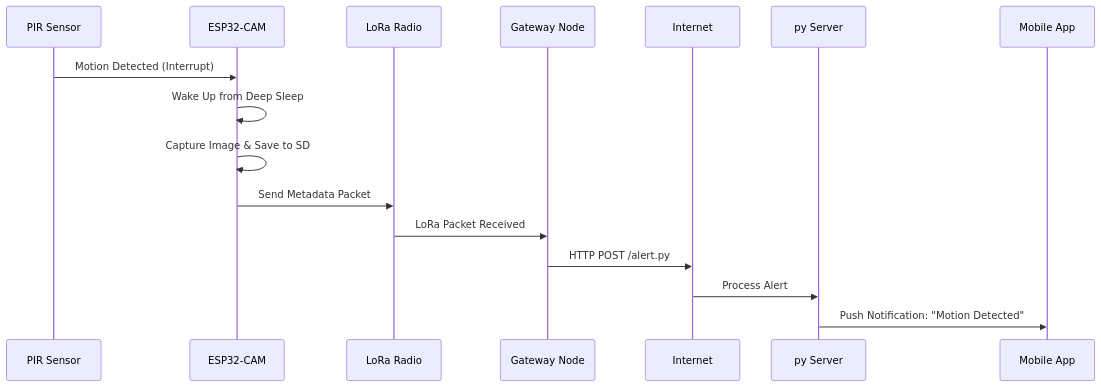
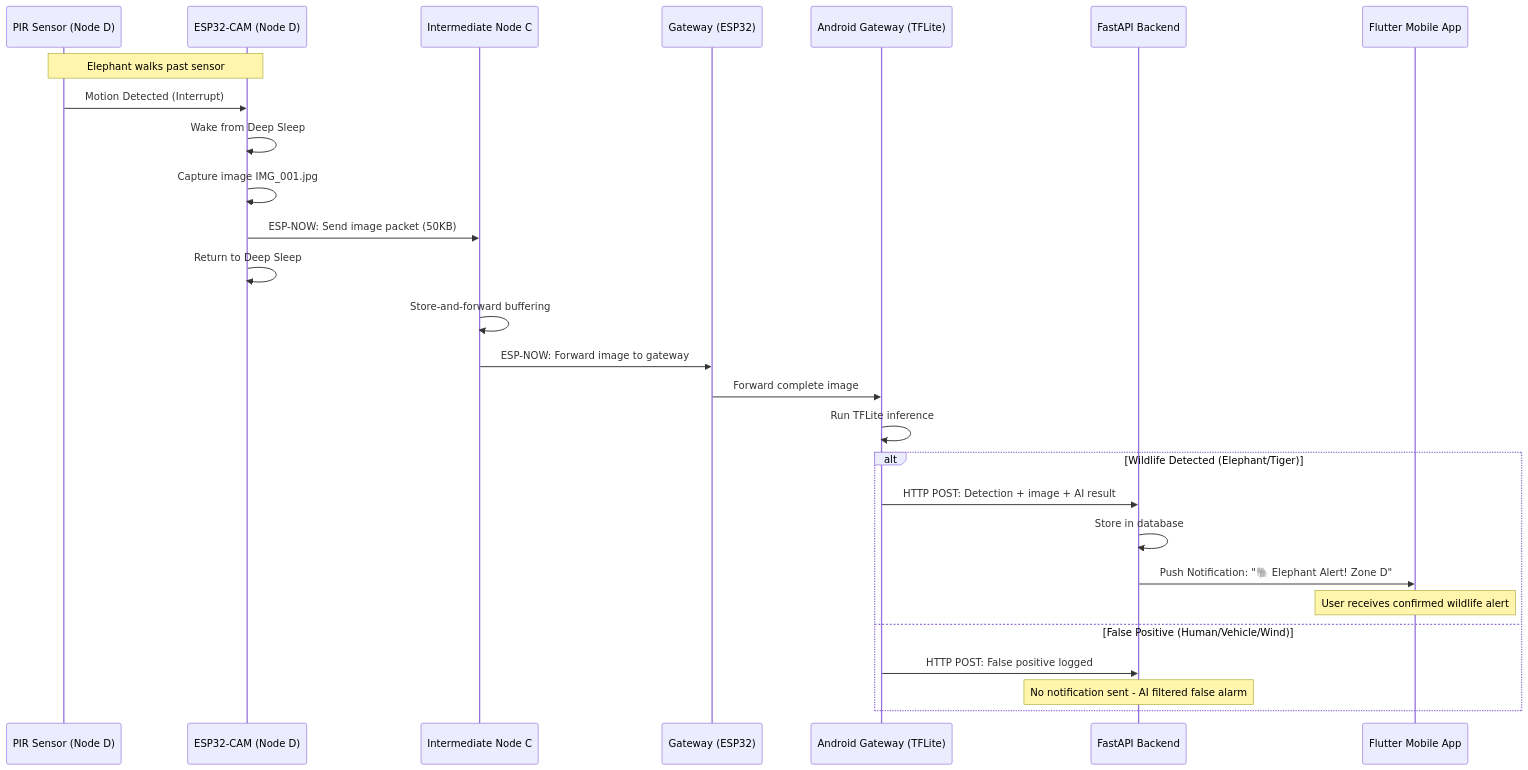
The third of 3 diagrams in README.md (Uttam-Mahata/herd), drawn with Mermaid before and after one commit. The commit also changed other lines of this file and 7 other files, not shown here.

First line of the commit message:
Implement HERD Wildlife Detection System - Sensor Node Firmware and FastAPI Backend

````diff
--- a/README.md
+++ b/README.md
@@ -84,19 +1306,33 @@
 ```mermaid
 sequenceDiagram
-    participant PIR as PIR Sensor
-    participant ESP as ESP32-CAM
-    participant LoRa as LoRa Radio
-    participant GW as Gateway Node
-    participant NET as Internet
-    participant SRV as py Server
-    participant APP as Mobile App
+    participant PIR as PIR Sensor (Node D)
+    participant ESP as ESP32-CAM (Node D)
+    participant NodeC as Intermediate Node C
+    participant GW as Gateway (ESP32)
+    participant Android as Android Gateway (TFLite)
+    participant API as FastAPI Backend
+    participant APP as Flutter Mobile App
 
+    Note over PIR,ESP: Elephant walks past sensor
     PIR->>ESP: Motion Detected (Interrupt)
-    ESP->>ESP: Wake Up from Deep Sleep
-    ESP->>ESP: Capture Image & Save to SD
-    ESP->>LoRa: Send Metadata Packet
-    LoRa->>GW: LoRa Packet Received
-    GW->>NET: HTTP POST /alert.py
-    NET->>SRV: Process Alert
-    SRV->>APP: Push Notification: "Motion Detected"
+    ESP->>ESP: Wake from Deep Sleep
+    ESP->>ESP: Capture image IMG_001.jpg
+    ESP->>NodeC: ESP-NOW: Send image packet (50KB)
+    ESP->>ESP: Return to Deep Sleep
+    
+    NodeC->>NodeC: Store-and-forward buffering
+    NodeC->>GW: ESP-NOW: Forward image to gateway
+    
+    GW->>Android: Forward complete image
+    Android->>Android: Run TFLite inference
+    
+    alt Wildlife Detected (Elephant/Tiger)
+        Android->>API: HTTP POST: Detection + image + AI result
+        API->>API: Store in database
+        API->>APP: Push Notification: "🐘 Elephant Alert! Zone D"
+        Note over APP: User receives confirmed wildlife alert
+    else False Positive (Human/Vehicle/Wind)
+        Android->>API: HTTP POST: False positive logged
+        Note over API: No notification sent - AI filtered false alarm
+    end
 ```
````
